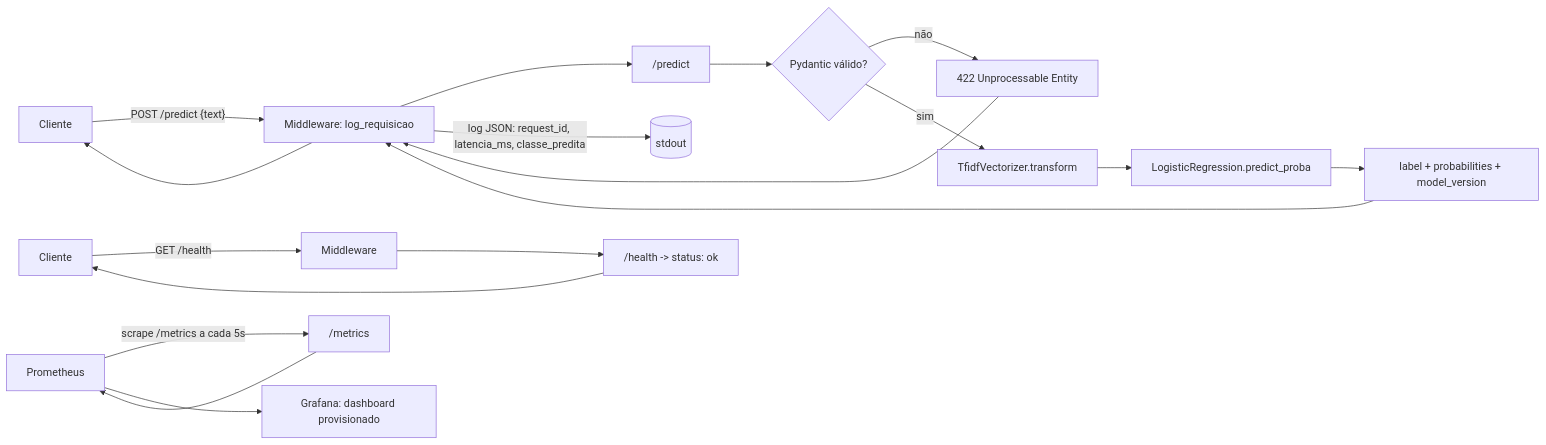
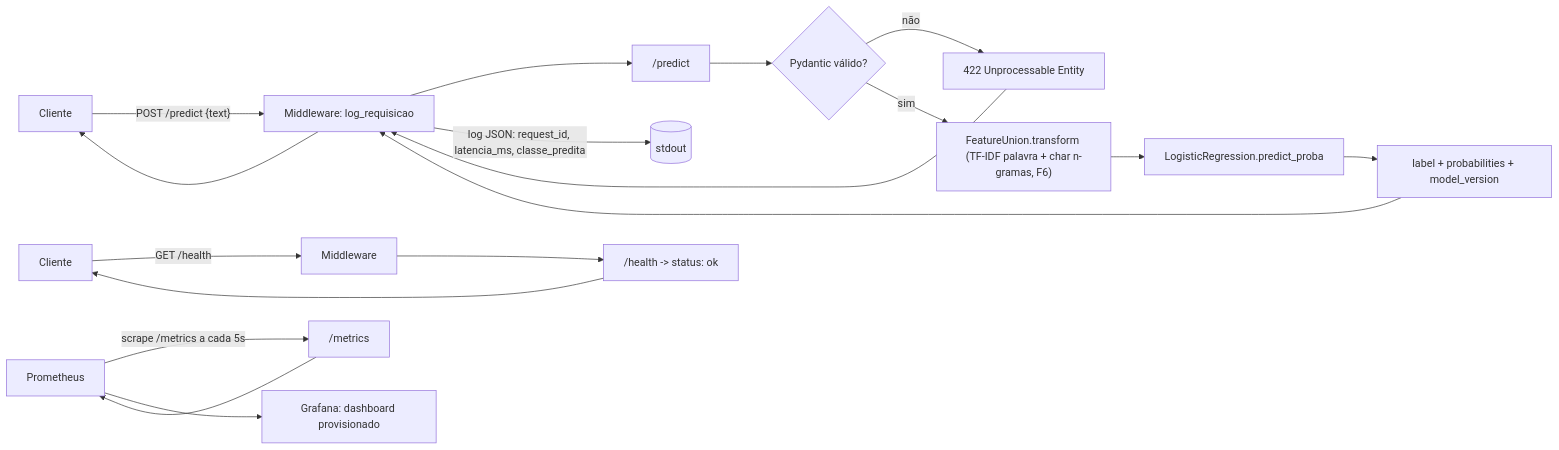
Before and after one commit to NycolasGarcia/Medical-Triage-NLP: the first of 2 diagrams in docs/ARCHITECTURE.md, drawn with Mermaid. The commit also changed other lines of this file and 4 other files, not shown here.

````diff
--- a/docs/ARCHITECTURE.md
+++ b/docs/ARCHITECTURE.md
@@ -28,20 +28,20 @@
 ```mermaid
 flowchart LR
     C[Cliente] -->|"POST /predict {text}"| MW[Middleware: log_requisicao]
     MW --> EP["/predict"]
     EP --> VAL{Pydantic válido?}
     VAL -->|não| ERR["422 Unprocessable Entity"]
-    VAL -->|sim| VEC[TfidfVectorizer.transform]
+    VAL -->|sim| VEC["FeatureUnion.transform (TF-IDF palavra + char n-gramas, F6)"]
     VEC --> CLF[LogisticRegression.predict_proba]
     CLF --> RESP["label + probabilities + model_version"]
     RESP --> MW
     ERR --> MW
     MW -->|"log JSON: request_id, latencia_ms, classe_predita"| LOG[(stdout)]
     MW --> C
 
     H[Cliente] -->|GET /health| MW2[Middleware] --> HE["/health -> status: ok"] --> H
 
     P[Prometheus] -->|"scrape /metrics a cada 5s"| ME["/metrics"]
     ME --> P
     P --> G[Grafana: dashboard provisionado]
 ```
````
